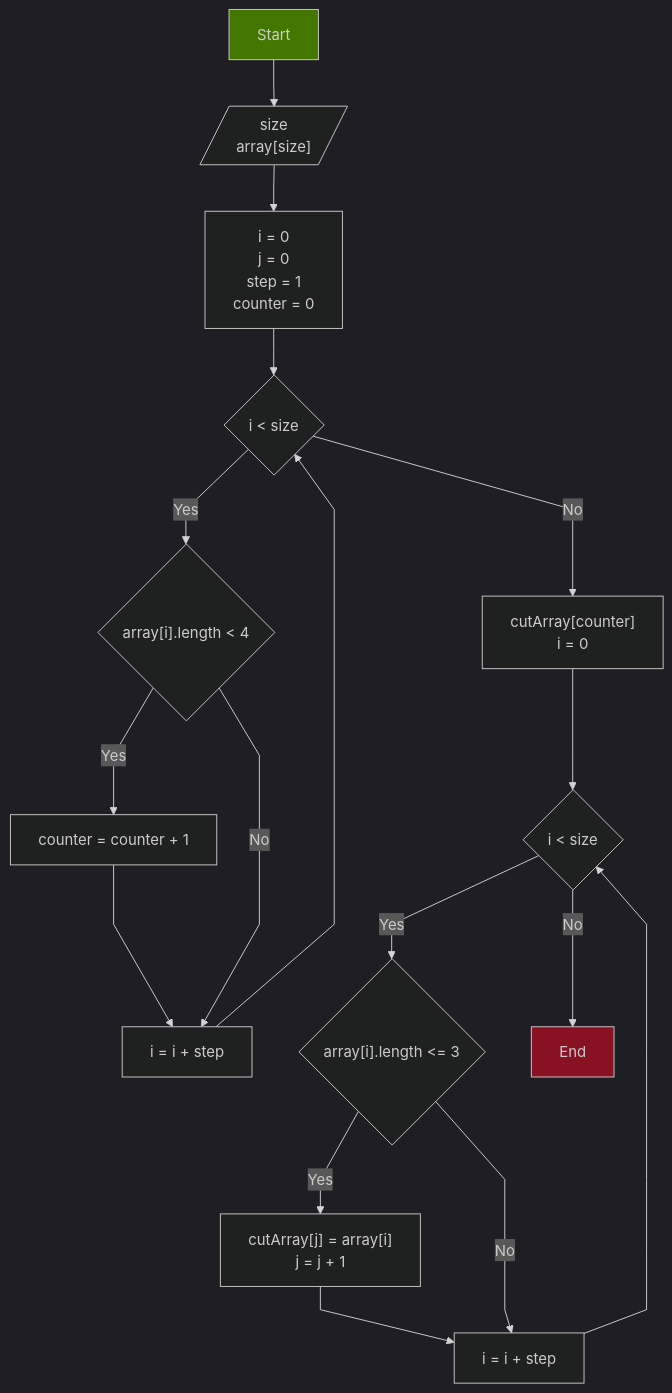
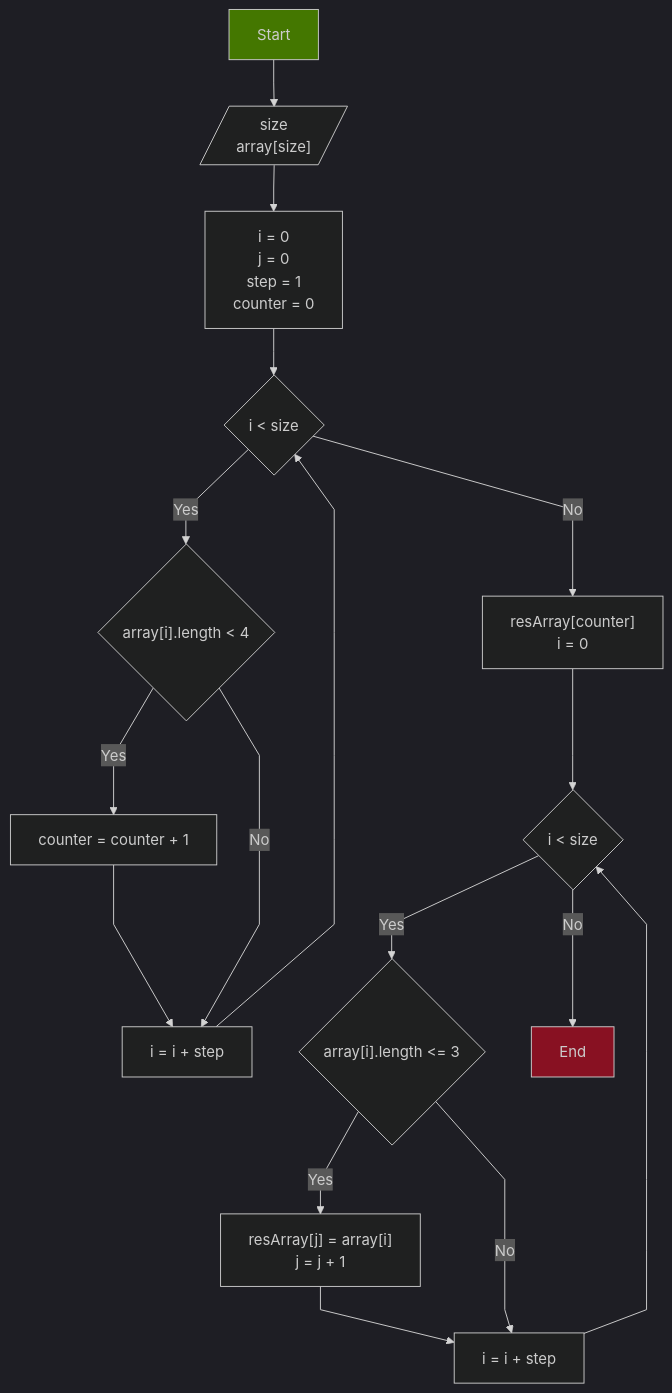
One commit to Abulbaxab/gbspec changed the diagram in README.md. Above: the diagram before and after it, drawn with Mermaid.

````diff
--- a/README.md
+++ b/README.md
@@ -14,17 +14,17 @@
 ```mermaid
 %%{init: { "theme": "dark", "flowchart": { "curve": "linear" } } }%%
     graph TD
     Start:::startClass-->A[/"size<br>array[size]"/] --> B["i = 0<br>j = 0<br>step = 1<br>counter = 0"] --> C{i < size}
     C -->|Yes| D{"array[i].length < 4"}
         D -->|Yes| E[counter = counter + 1]
             E --> F[i = i + step] --> C
         D -->|No| F
-    C -->|No| G["cutArray[counter]<br>i = 0"] --> H{i < size}
+    C -->|No| G["resArray[counter]<br>i = 0"] --> H{i < size}
         H -->|Yes| I{"array[i].length <= 3"}
-            I -->|Yes| J["cutArray[j] = array[i]<br>j = j + 1"]
+            I -->|Yes| J["resArray[j] = array[i]<br>j = j + 1"]
                 J --> K[i = i + step] --> H
             I -->|No| K
         H -->|No| End:::endClass
     classDef startClass fill:#470;
     classDef endClass fill:#812;
 ```
````
